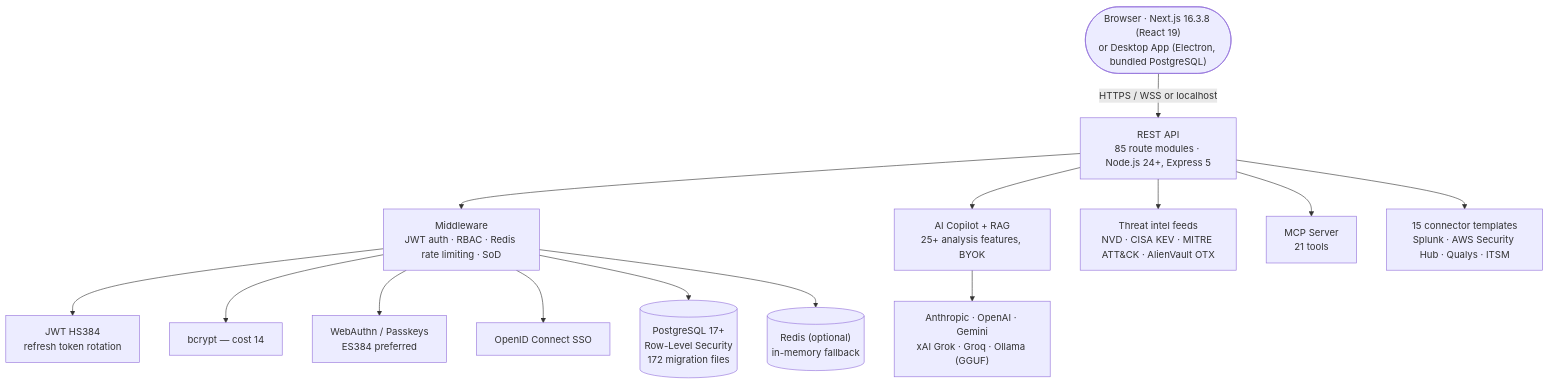
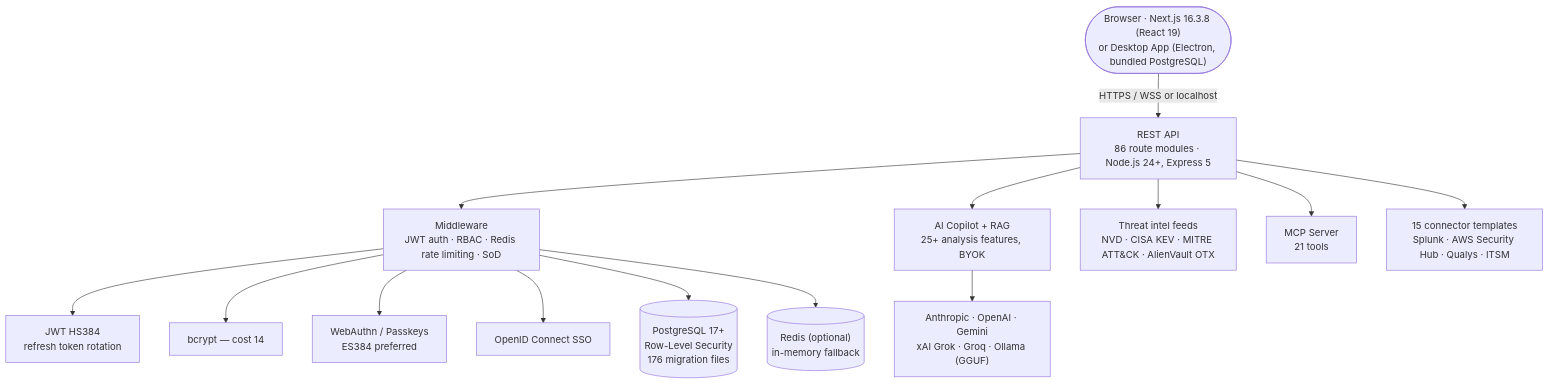
Before and after one commit to sherifconteh-collab/ai-grc-platform: the diagram in README.md, drawn with Mermaid. The commit also changed other lines of this file and 4 other files, not shown here.

````diff
--- a/README.md
+++ b/README.md
@@ -692,31 +692,31 @@
 ```mermaid
 graph TD
     Client(["Browser · Next.js 16.3.8 (React 19)<br/>or Desktop App (Electron, bundled PostgreSQL)"])
-    API["REST API<br/>85 route modules · Node.js 24+, Express 5"]
+    API["REST API<br/>86 route modules · Node.js 24+, Express 5"]
     MW["Middleware<br/>JWT auth · RBAC · Redis rate limiting · SoD"]
     JWTNode["JWT HS384<br/>refresh token rotation"]
     Bcrypt["bcrypt — cost 14"]
     WebAuthn["WebAuthn / Passkeys<br/>ES384 preferred"]
     OIDC["OpenID Connect SSO"]
-    DB[("PostgreSQL 17+<br/>Row-Level Security<br/>172 migration files")]
+    DB[("PostgreSQL 17+<br/>Row-Level Security<br/>176 migration files")]
     Cache[("Redis (optional)<br/>in-memory fallback")]
     Copilot["AI Copilot + RAG<br/>25+ analysis features, BYOK"]
     Providers["Anthropic · OpenAI · Gemini<br/>xAI Grok · Groq · Ollama (GGUF)"]
     Feeds["Threat intel feeds<br/>NVD · CISA KEV · MITRE ATT&CK · AlienVault OTX"]
     MCP["MCP Server<br/>21 tools"]
     Connectors["15 connector templates<br/>Splunk · AWS Security Hub · Qualys · ITSM"]
 
     Client -->|HTTPS / WSS or localhost| API
     API --> MW
     MW --> JWTNode
     MW --> Bcrypt
     MW --> WebAuthn
     MW --> OIDC
     MW --> DB
     MW --> Cache
     API --> Copilot
     Copilot --> Providers
     API --> Feeds
     API --> MCP
     API --> Connectors
 ```
````
